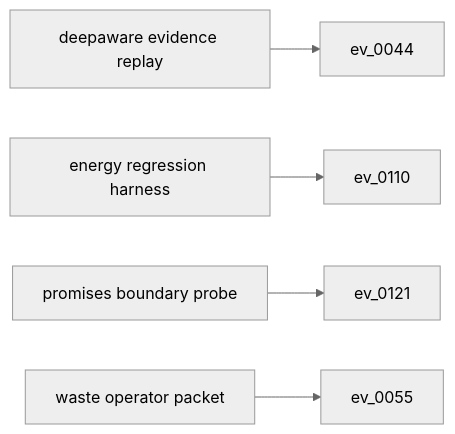
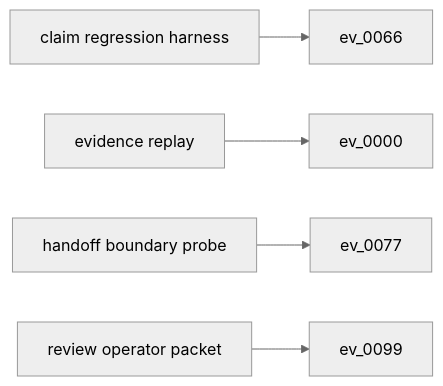
One commit to t7r0n/greenwatt-sim changed the diagram in outputs/trace_graph.mmd. Above: the diagram before and after it, drawn with Mermaid (neutral theme). The commit also changed 21 other files, not shown here.

```diff
--- a/outputs/trace_graph.mmd
+++ b/outputs/trace_graph.mmd
@@ -1,13 +1,13 @@
 flowchart LR
-  s0["deepaware evidence replay"]
-  e0["ev_0044"]
+  s0["claim regression harness"]
+  e0["ev_0066"]
   s0 --> e0
-  s1["energy regression harness"]
-  e1["ev_0110"]
+  s1["evidence replay"]
+  e1["ev_0000"]
   s1 --> e1
-  s2["promises boundary probe"]
-  e2["ev_0121"]
+  s2["handoff boundary probe"]
+  e2["ev_0077"]
   s2 --> e2
-  s3["waste operator packet"]
-  e3["ev_0055"]
+  s3["review operator packet"]
+  e3["ev_0099"]
   s3 --> e3
```
